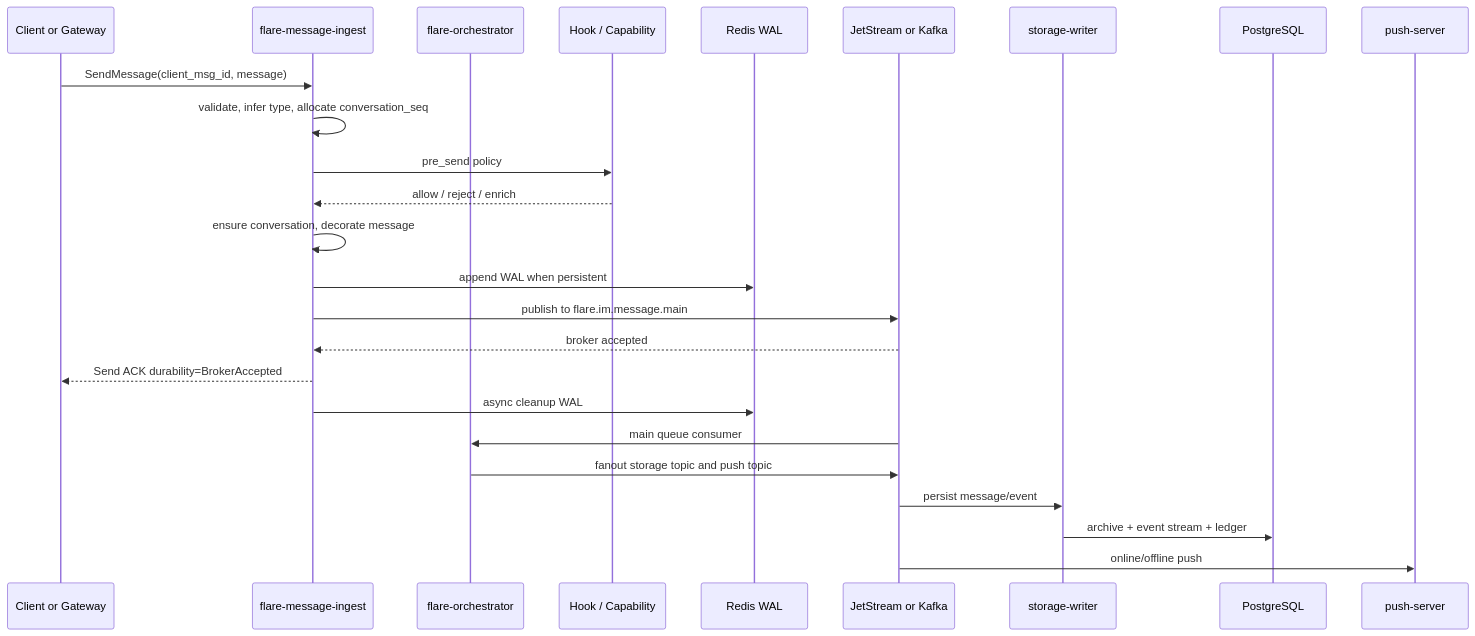
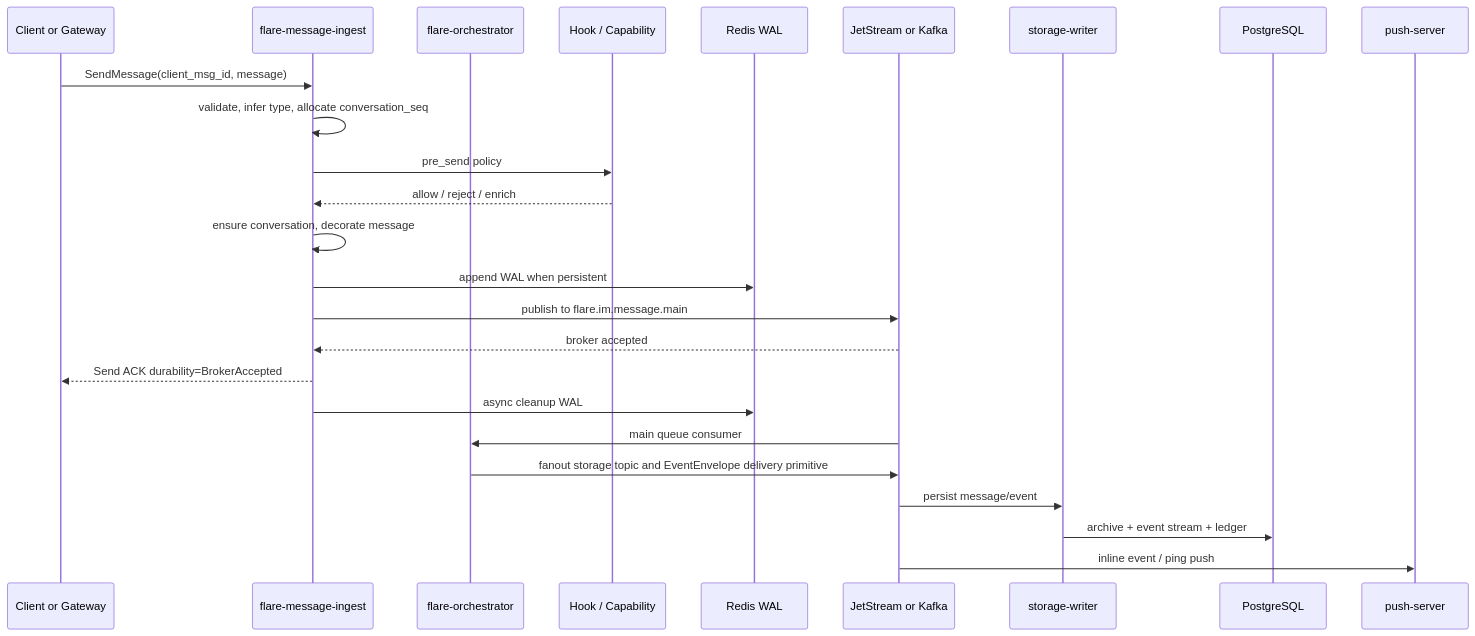
The second of 2 diagrams in README.md (flare-im/flare-im-core-server), drawn with Mermaid before and after one commit. The commit also changed other lines of this file and 197 other files, not shown here.

````diff
--- a/README.md
+++ b/README.md
@@ -86,28 +86,28 @@
 ```mermaid
 sequenceDiagram
     participant Client as Client or Gateway
     participant I as flare-message-ingest
     participant O as flare-orchestrator
     participant H as Hook / Capability
     participant W as Redis WAL
     participant MQ as JetStream or Kafka
     participant SW as storage-writer
     participant DB as PostgreSQL
     participant P as push-server
 
     Client->>I: SendMessage(client_msg_id, message)
     I->>I: validate, infer type, allocate conversation_seq
     I->>H: pre_send policy
     H-->>I: allow / reject / enrich
     I->>I: ensure conversation, decorate message
     I->>W: append WAL when persistent
     I->>MQ: publish to flare.im.message.main
     MQ-->>I: broker accepted
     I-->>Client: Send ACK durability=BrokerAccepted
     I->>W: async cleanup WAL
     MQ->>O: main queue consumer
-    O->>MQ: fanout storage topic and push topic
+    O->>MQ: fanout storage topic and EventEnvelope delivery primitive
     MQ->>SW: persist message/event
     SW->>DB: archive + event stream + ledger
-    MQ->>P: online/offline push
+    MQ->>P: inline event / ping push
 ```
````
